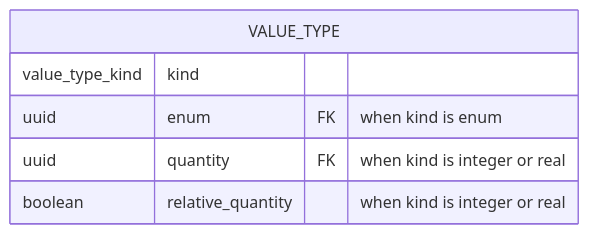
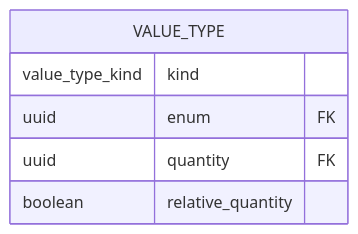
One commit to AlexandreGallais/synoptic-studio-spec changed the diagram in metadata/entities/15-value-type.md. Above: the diagram before and after it, drawn with Mermaid. The commit also changed 1 other file, not shown here.

Commit message:
docs(metadata): drop the field comments from the entity schemas
- 15-value-type.md: enum, quantity and relative_quantity show only their type, name and key
- entities/README.md: no comment on a field of an entity schema, the JSON Schema already says when it exists

````diff
--- a/metadata/entities/15-value-type.md
+++ b/metadata/entities/15-value-type.md
@@ -13,9 +13,9 @@
 ```mermaid
 erDiagram
     VALUE_TYPE {
         value_type_kind kind
-        uuid enum FK "when kind is enum"
-        uuid quantity FK "when kind is integer or real"
-        boolean relative_quantity "when kind is integer or real"
+        uuid enum FK
+        uuid quantity FK
+        boolean relative_quantity
     }
 ```
````
